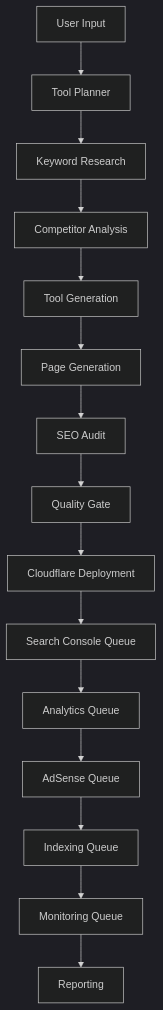
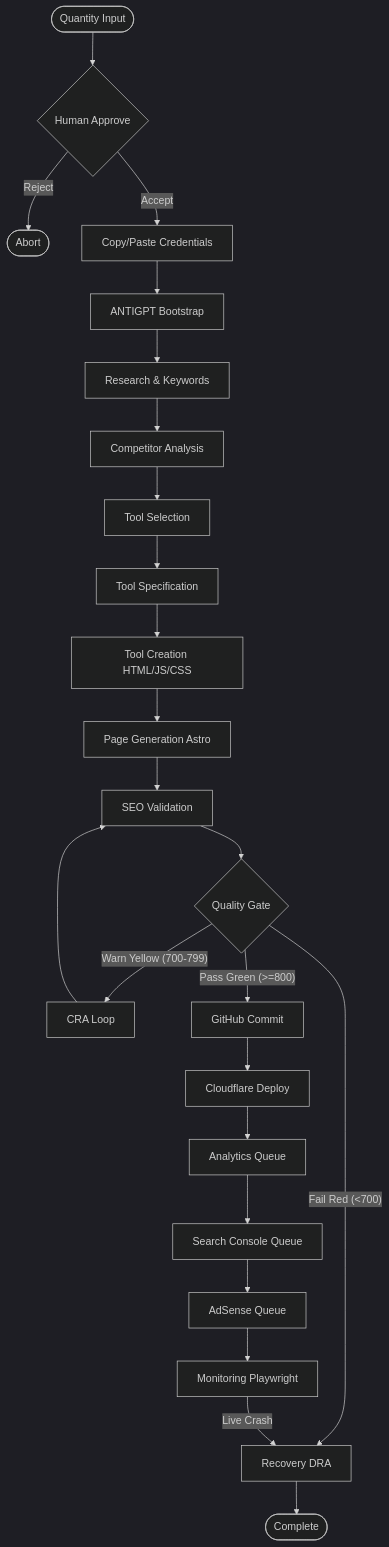
One commit to nitinkumar2z/Antigpt changed the diagram in COMPLETE_AUTON_WORKFLOW.md. Above: the diagram before and after it, drawn with Mermaid (dark theme). The commit also changed other lines of this file and 20 other files, not shown here.

Commit message:
feat: deploy generated SEO Keyword Density Calculator tools

````diff
--- a/COMPLETE_AUTON_WORKFLOW.md
+++ b/COMPLETE_AUTON_WORKFLOW.md
@@ -209,17 +9,26 @@
 ```mermaid
 graph TD
-    Start[User Input] --> Plan[Tool Planner]
-    Plan --> Keywords[Keyword Research]
-    Keywords --> Comp[Competitor Analysis]
-    Comp --> ToolGen[Tool Generation]
-    ToolGen --> PageGen[Page Generation]
-    PageGen --> Audit[SEO Audit]
-    Audit --> Gate[Quality Gate]
-    Gate --> CF[Cloudflare Deployment]
-    CF --> GSC[Search Console Queue]
-    GSC --> Analytics[Analytics Queue]
-    Analytics --> AdSense[AdSense Queue]
-    AdSense --> Index[Indexing Queue]
-    Index --> Monitor[Monitoring Queue]
-    Monitor --> Report[Reporting]
+    Start([Quantity Input]) --> Approve{Human Approve}
+    Approve -- Reject --> Abort([Abort])
+    Approve -- Accept --> Creds[Copy/Paste Credentials]
+    Creds --> Boot[ANTIGPT Bootstrap]
+    Boot --> Research[Research & Keywords]
+    Research --> Comp[Competitor Analysis]
+    Comp --> Select[Tool Selection]
+    Select --> Spec[Tool Specification]
+    Spec --> Creation[Tool Creation HTML/JS/CSS]
+    Creation --> PageGen[Page Generation Astro]
+    PageGen --> SEO[SEO Validation]
+    SEO --> Gate{Quality Gate}
+    Gate -- Fail Red (<700) --> Recovery[Recovery DRA]
+    Gate -- Warn Yellow (700-799) --> CRA[CRA Loop]
+    Gate -- Pass Green (>=800) --> Git[GitHub Commit]
+    CRA --> SEO
+    Git --> CF[Cloudflare Deploy]
+    CF --> Analytics[Analytics Queue]
+    Analytics --> GSC[Search Console Queue]
+    GSC --> AdSense[AdSense Queue]
+    AdSense --> Monitor[Monitoring Playwright]
+    Monitor -- Live Crash --> Recovery
+    Recovery --> Done([Complete])
 ```
````
